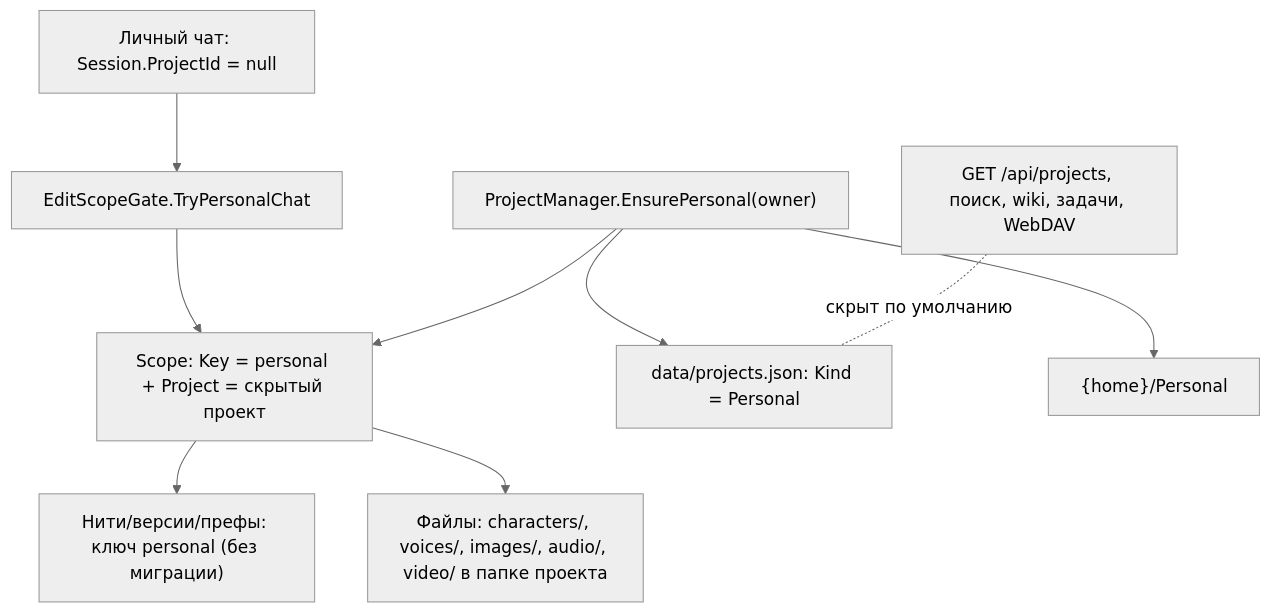
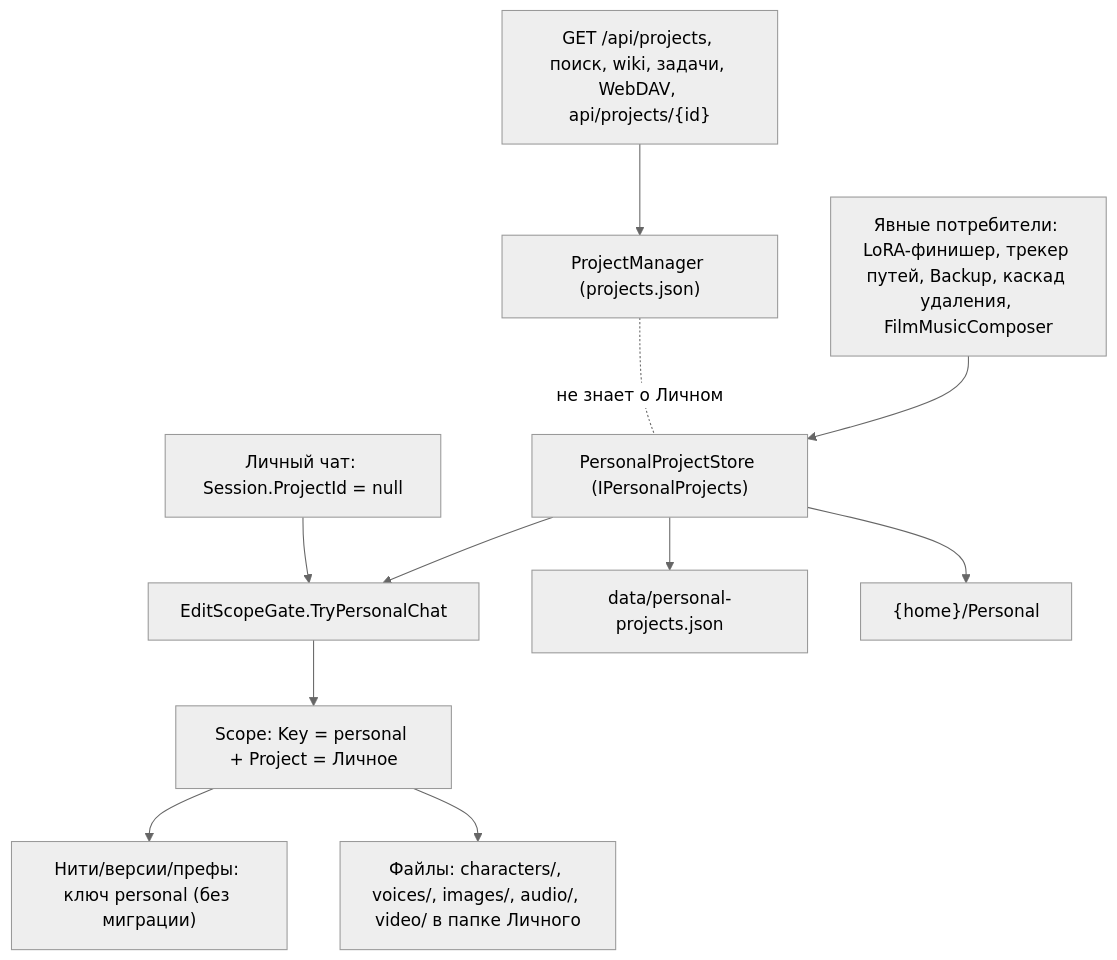
The diagram in docs/adr/ADR-040-personal-hidden-project.md (naychenko2/ClaudeCodeServer), drawn with Mermaid (neutral theme) before and after one commit. The commit also changed other lines of this file, not shown here.

Commit message:
docs(adr): ADR-040 v2 — «Личное» в отдельном data/personal-projects.json

````diff
--- a/docs/adr/ADR-040-personal-hidden-project.md
+++ b/docs/adr/ADR-040-personal-hidden-project.md
@@ -30,11 +39,13 @@
 ```mermaid
 flowchart TD
   S["Личный чат: Session.ProjectId = null"] --> G["EditScopeGate.TryPersonalChat"]
-  G --> SC["Scope: Key = personal + Project = скрытый проект"]
+  G --> SC["Scope: Key = personal + Project = Личное"]
   SC --> TS["Нити/версии/префы: ключ personal (без миграции)"]
-  SC --> FS["Файлы: characters/, voices/, images/, audio/, video/ в папке проекта"]
-  PM["ProjectManager.EnsurePersonal(owner)"] --> SC
-  PM --> REC["data/projects.json: Kind = Personal"]
-  PM --> DIR["{home}/Personal"]
-  UI["GET /api/projects, поиск, wiki, задачи, WebDAV"] -. "скрыт по умолчанию" .- REC
+  SC --> FS["Файлы: characters/, voices/, images/, audio/, video/ в папке Личного"]
+  PS["PersonalProjectStore (IPersonalProjects)"] --> G
+  PS --> REC["data/personal-projects.json"]
+  PS --> DIR["{home}/Personal"]
+  PM["ProjectManager (projects.json)"] -. "не знает о Личном" .- PS
+  EXP["Явные потребители: LoRA-финишер, трекер путей, Backup, каскад удаления, FilmMusicComposer"] --> PS
+  UI["GET /api/projects, поиск, wiki, задачи, WebDAV, api/projects/{id}"] --> PM
 ```
````
